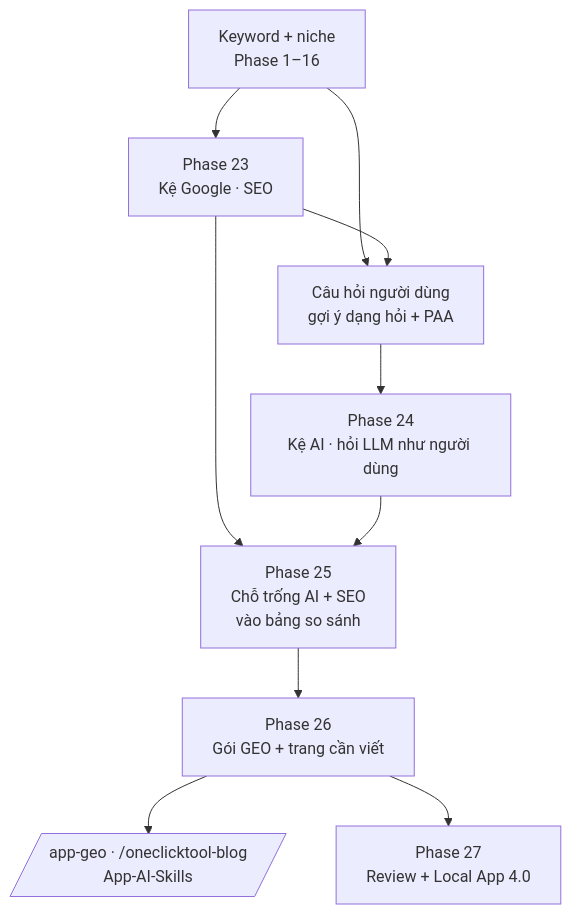
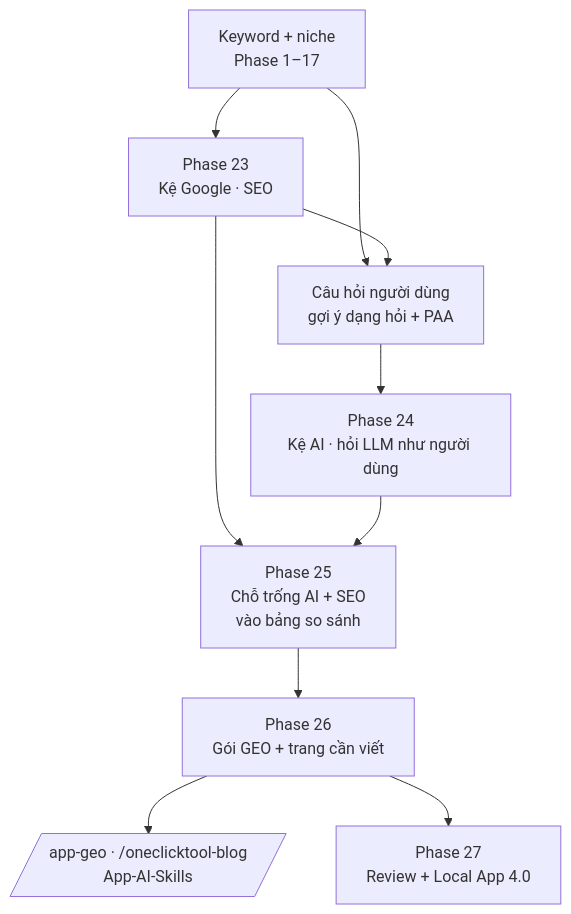
One commit to nvminhtu/niche-radar-docs changed the diagram in docs/web/version-4.md. Above: the diagram before and after it, drawn with Mermaid. The commit also changed other lines of this file and 27 other files, not shown here.

Commit message:
docs: sync đánh số lại phase Web — So sánh niche thành Phase 10, 10–16 → 11–17

````diff
--- a/docs/web/version-4.md
+++ b/docs/web/version-4.md
@@ -27,11 +27,11 @@
 ```mermaid
 flowchart TB
-  K[Keyword + niche<br/>Phase 1–16] --> S[Phase 23<br/>Kệ Google · SEO]
+  K[Keyword + niche<br/>Phase 1–17] --> S[Phase 23<br/>Kệ Google · SEO]
   K --> Q[Câu hỏi người dùng<br/>gợi ý dạng hỏi + PAA]
   S --> Q
   Q --> A[Phase 24<br/>Kệ AI · hỏi LLM như người dùng]
   S & A --> G[Phase 25<br/>Chỗ trống AI + SEO<br/>vào bảng so sánh]
   G --> P[Phase 26<br/>Gói GEO + trang cần viết]
   P --> X[/app-geo · /oneclicktool-blog<br/>App-AI-Skills/]
   P --> L[Phase 27<br/>Review + Local App 4.0]
 ```
````
